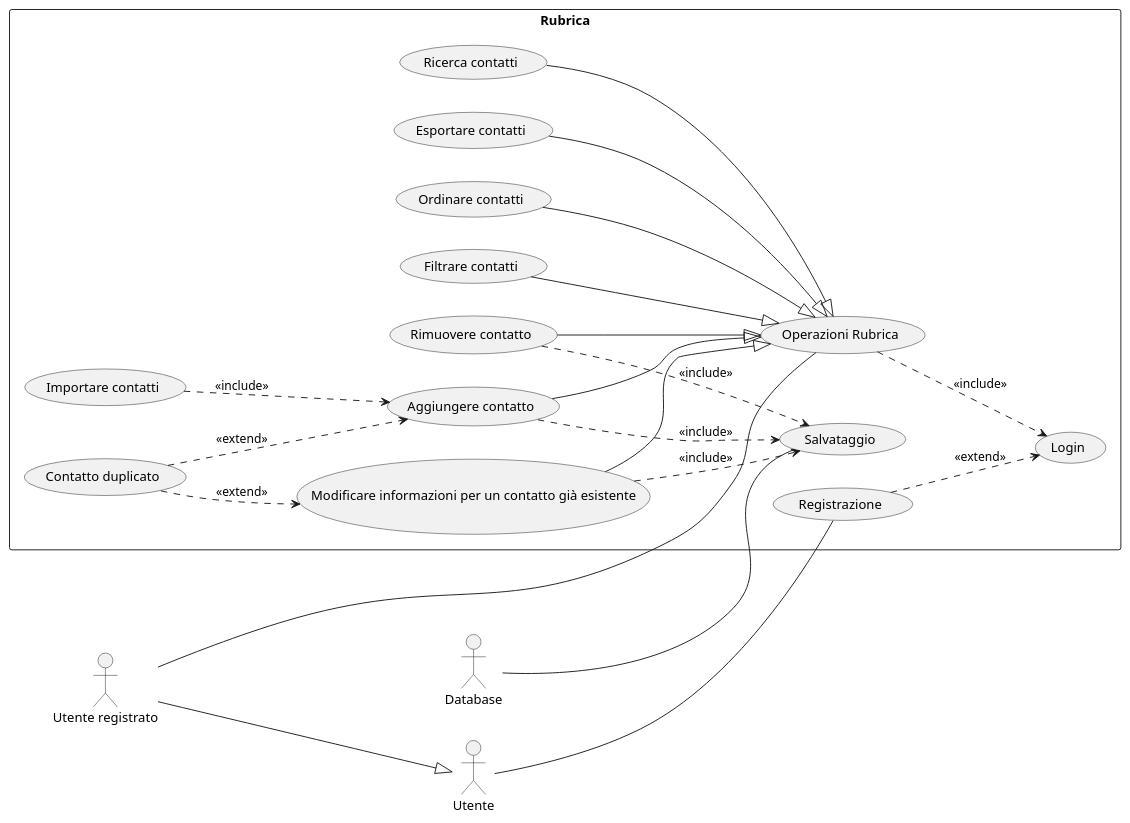
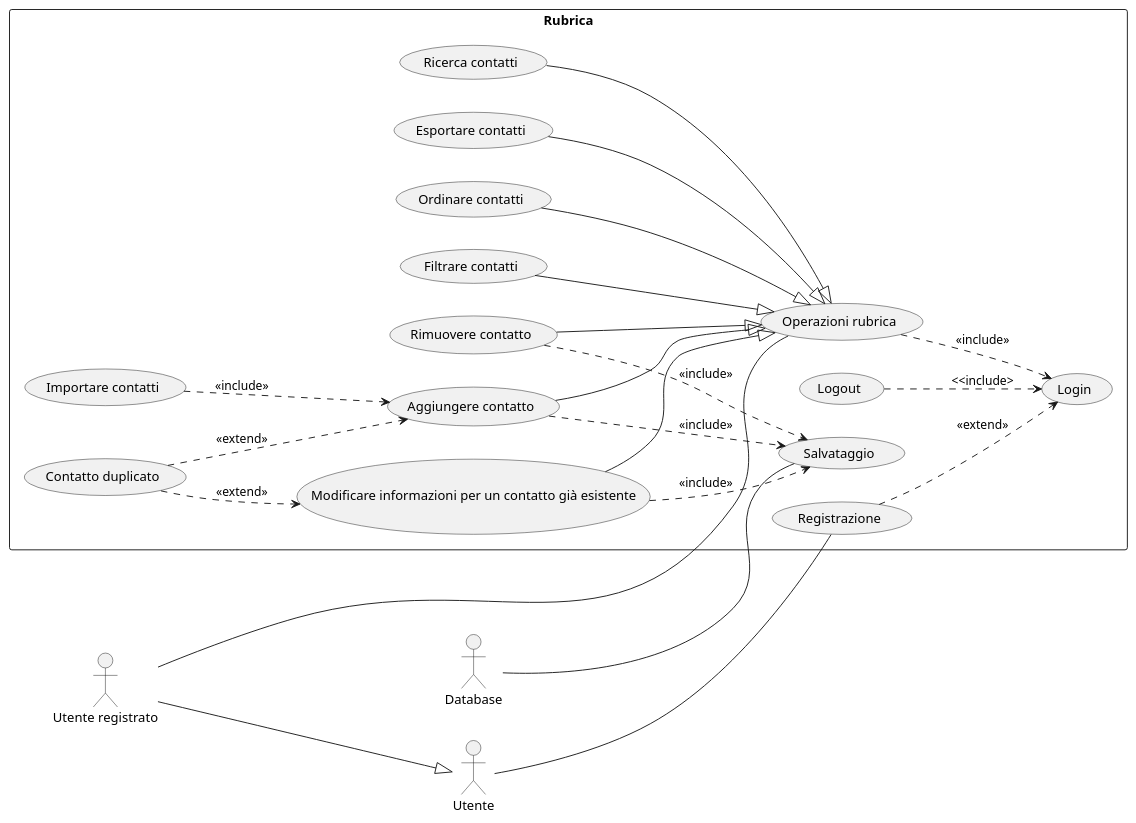
Before and after one commit to CupoMeridio/Ingegneria-del-software-2024-2025: the diagram in src/main/java/com/mycompany/rubrica_progetto_ids/uml/diagrammaCasiUso.puml, drawn with PlantUML. The commit also changed 3 other files, not shown here.

Commit message:
Modifica al diagramma dei Casi d'Uso e inserimento del bottone di logout nell'interfaccia della rubrica

```diff
--- a/src/main/java/com/mycompany/rubrica_progetto_ids/uml/diagrammaCasiUso.puml
+++ b/src/main/java/com/mycompany/rubrica_progetto_ids/uml/diagrammaCasiUso.puml
@@ -1,54 +1,56 @@
 @startuml
 left to right direction
 actor Utente as u
 actor "Utente registrato" as ur
 actor "Database" as db
 rectangle Rubrica{
-    usecase "Operazioni Rubrica" as or
+    usecase "Operazioni rubrica" as or
     usecase "Registrazione" as reg
     usecase "Login" as log
+    usecase "Logout" as logout
     usecase "Aggiungere contatto" as agg
     usecase "Rimuovere contatto" as rim
     usecase "Modificare informazioni per un contatto già esistente" as mod
     usecase "Ricerca contatti" as ric
     usecase "Importare contatti" as imp
     usecase "Esportare contatti" as esp
     usecase "Ordinare contatti" as ord
     usecase "Filtrare contatti" as fil
     usecase "Contatto duplicato" as cont
     usecase "Salvataggio" as salva
 }
 
 
 
 ur--or
 
 db--salva
 
 u--reg
 ur --|>u
 
 
 
 reg ..>log: <<extend>>
 or ..>log: <<include>>
+logout ..>log: <<include>
 agg --|>or
 rim --|>or
 mod --|>or
 ric --|>or
 imp ..>agg: <<include>>
 esp --|>or
 fil --|>or
 ord --|>or
 cont ..>agg: <<extend>>
 cont ..>mod: <<extend>>
 agg ..>salva: <<include>>
 mod ..>salva: <<include>>
 
 rim ..>salva: <<include>>
 
 
 
 
 
 @enduml
```
